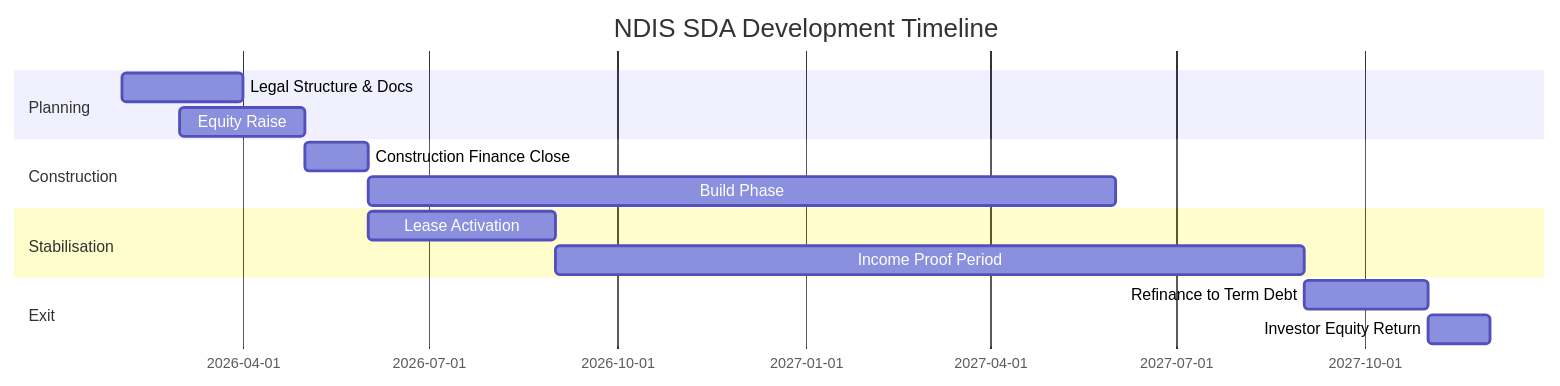
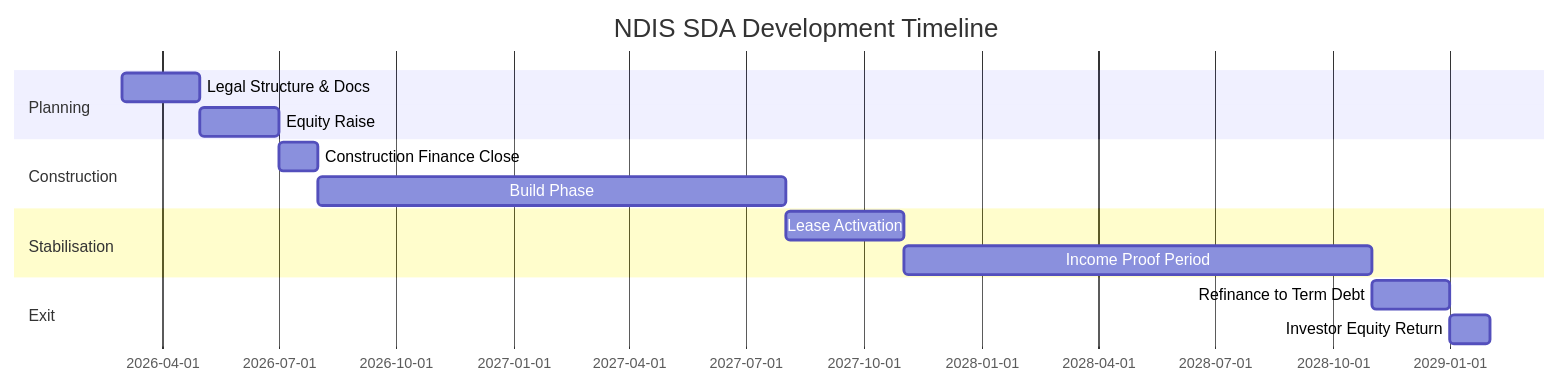
The second of 2 diagrams in docs/04-commercial-lending-ndis-strategy.md (jont4apps/QuadRise-Property), drawn with Mermaid before and after one commit. The commit also changed other lines of this file, not shown here.

````diff
--- a/docs/04-commercial-lending-ndis-strategy.md
+++ b/docs/04-commercial-lending-ndis-strategy.md
@@ -715,17 +782,17 @@
 ```mermaid
 gantt
     title NDIS SDA Development Timeline
     dateFormat YYYY-MM
     section Planning
-    Legal Structure & Docs        :2026-02, 2M
-    Equity Raise                   :2026-03, 2M
+    Legal Structure & Docs        :a1, 2026-03, 2M
+    Equity Raise                   :a2, after a1, 2M
     section Construction
-    Construction Finance Close     :2026-05, 1M
-    Build Phase                    :2026-06, 12M
+    Construction Finance Close     :a3, after a2, 1M
+    Build Phase                    :a4, after a3, 12M
     section Stabilisation
-    Lease Activation              :2026-06, 3M
-    Income Proof Period           :2026-09, 12M
+    Lease Activation              :a5, after a4, 3M
+    Income Proof Period           :a6, after a5, 12M
     section Exit
-    Refinance to Term Debt        :2027-09, 2M
-    Investor Equity Return        :2027-11, 1M
+    Refinance to Term Debt        :a7, after a6, 2M
+    Investor Equity Return        :a8, after a7, 1M
 ```
````
